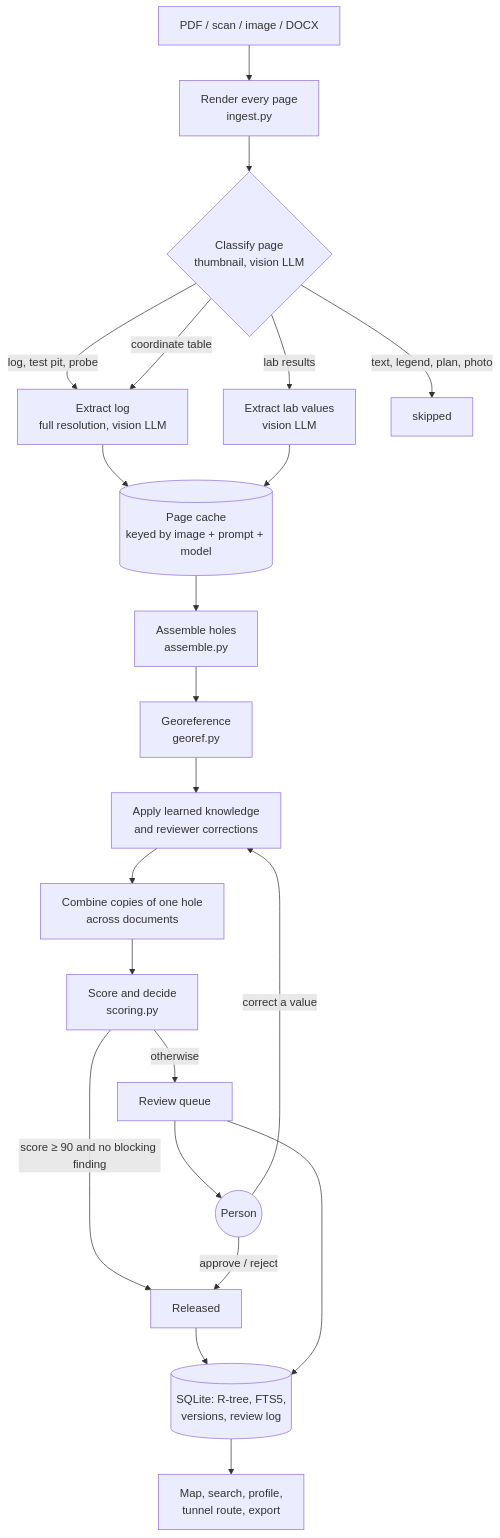
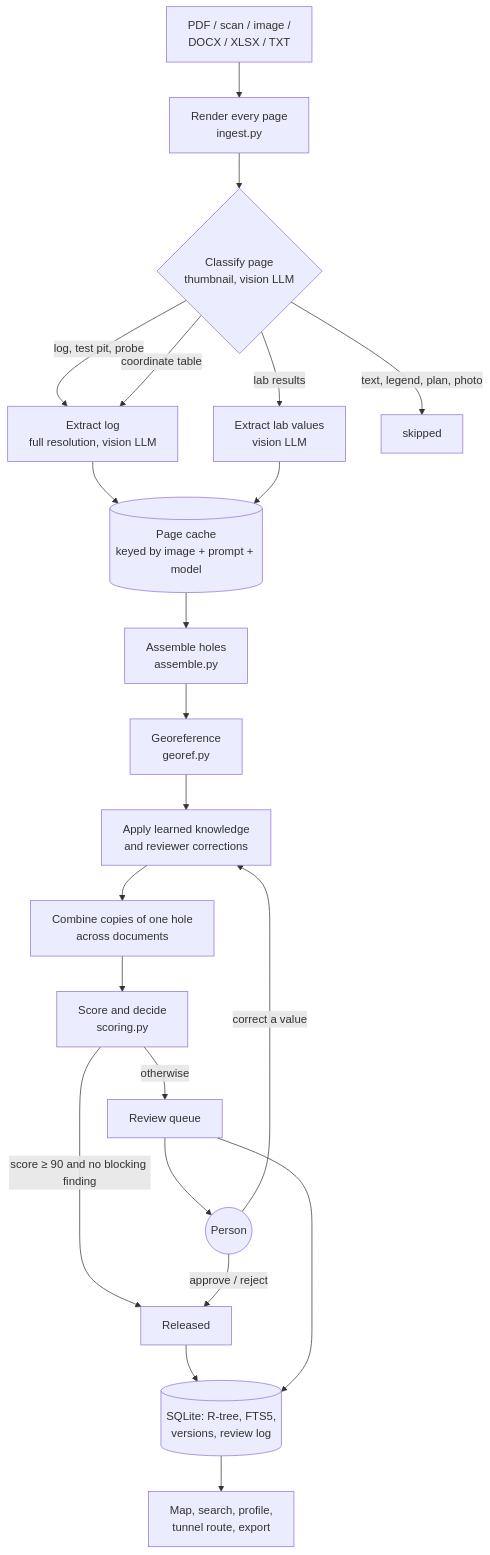
Before and after one commit to bababue/SmartAutomation2026: the first of 4 diagrams in docs/pipeline.md, drawn with Mermaid. The commit also changed 7 other files, not shown here.

````diff
--- a/docs/pipeline.md
+++ b/docs/pipeline.md
@@ -8,24 +8,24 @@
 ```mermaid
 flowchart TD
-    A[PDF / scan / image / DOCX] --> B[Render every page<br/>ingest.py]
+    A[PDF / scan / image /<br/>DOCX / XLSX / TXT] --> B[Render every page<br/>ingest.py]
     B --> C{Classify page<br/>thumbnail, vision LLM}
     C -->|log, test pit, probe| D[Extract log<br/>full resolution, vision LLM]
     C -->|coordinate table| D
     C -->|lab results| L[Extract lab values<br/>vision LLM]
     C -->|text, legend, plan, photo| X[skipped]
     D --> K[(Page cache<br/>keyed by image + prompt + model)]
     L --> K
     K --> E[Assemble holes<br/>assemble.py]
     E --> G[Georeference<br/>georef.py]
     G --> H[Apply learned knowledge<br/>and reviewer corrections]
     H --> M[Combine copies of one hole<br/>across documents]
     M --> S[Score and decide<br/>scoring.py]
     S -->|score ≥ 90 and no blocking finding| R[Released]
     S -->|otherwise| Q[Review queue]
     Q --> P((Person))
     P -->|approve / reject| R
     P -->|correct a value| H
     R --> DB[(SQLite: R-tree, FTS5,<br/>versions, review log)]
     Q --> DB
     DB --> UI[Map, search, profile,<br/>tunnel route, export]
 ```
````
